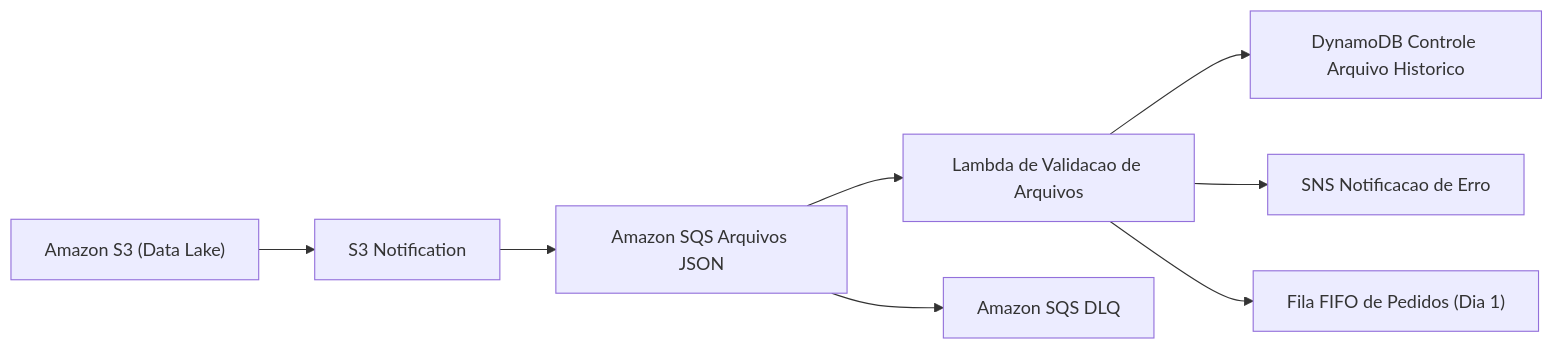
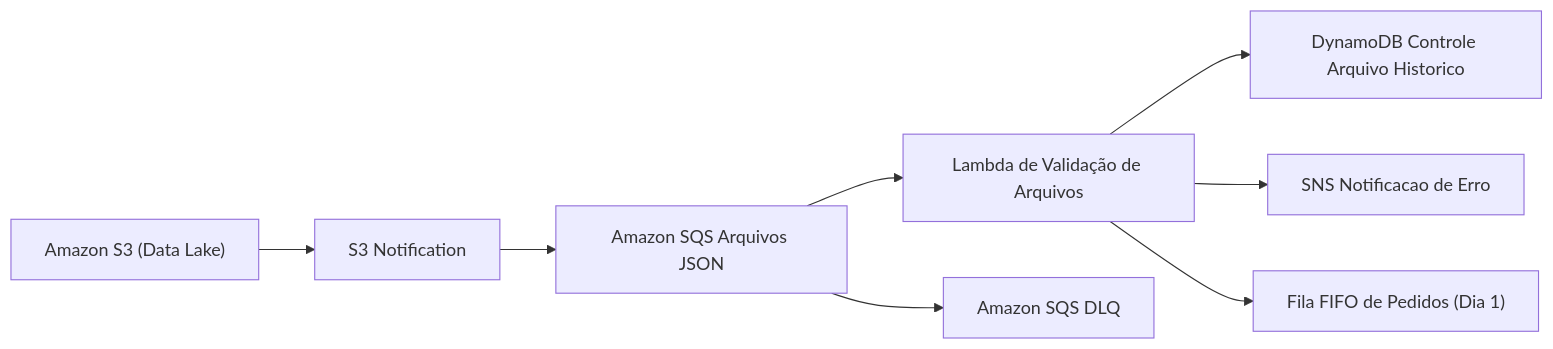
The diagram in semana-do-desenvolvedor-edn/dia-2-s3-integracao/README.md (ferfaoliver-ferreira/Hands_On_AWS_Dev), drawn with Mermaid before and after one commit. The commit also changed other lines of this file and 4 other files, not shown here.

````diff
--- a/semana-do-desenvolvedor-edn/dia-2-s3-integracao/README.md
+++ b/semana-do-desenvolvedor-edn/dia-2-s3-integracao/README.md
@@ -43,10 +43,10 @@
 ```mermaid
 flowchart LR
     A["Amazon S3 (Data Lake)"] --> B["S3 Notification"]
     B --> C["Amazon SQS Arquivos JSON"]
-    C --> D["Lambda de Validacao de Arquivos"]
+    C --> D["Lambda de Validação de Arquivos"]
     C --> E["Amazon SQS DLQ"]
     D --> F["DynamoDB Controle Arquivo Historico"]
     D --> G["SNS Notificacao de Erro"]
     D --> H["Fila FIFO de Pedidos (Dia 1)"]
 ```
````
